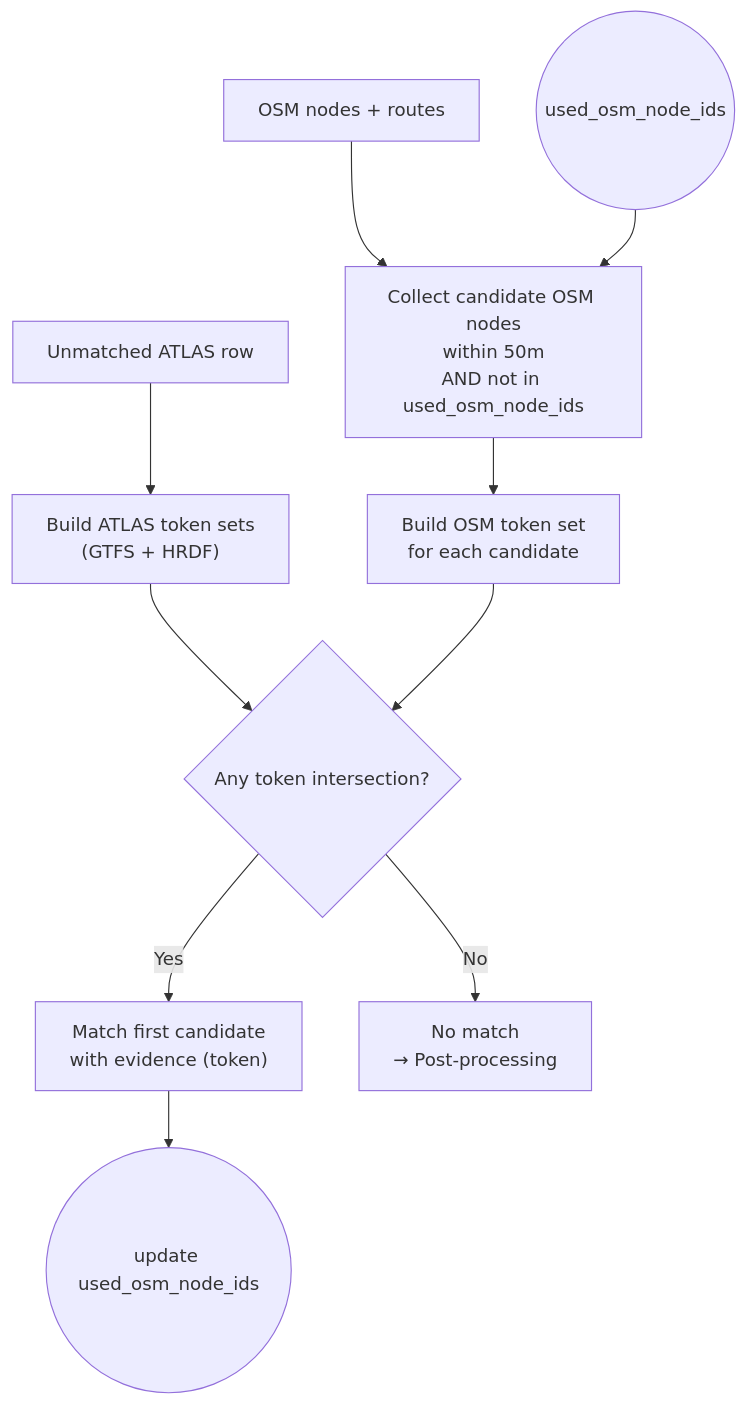
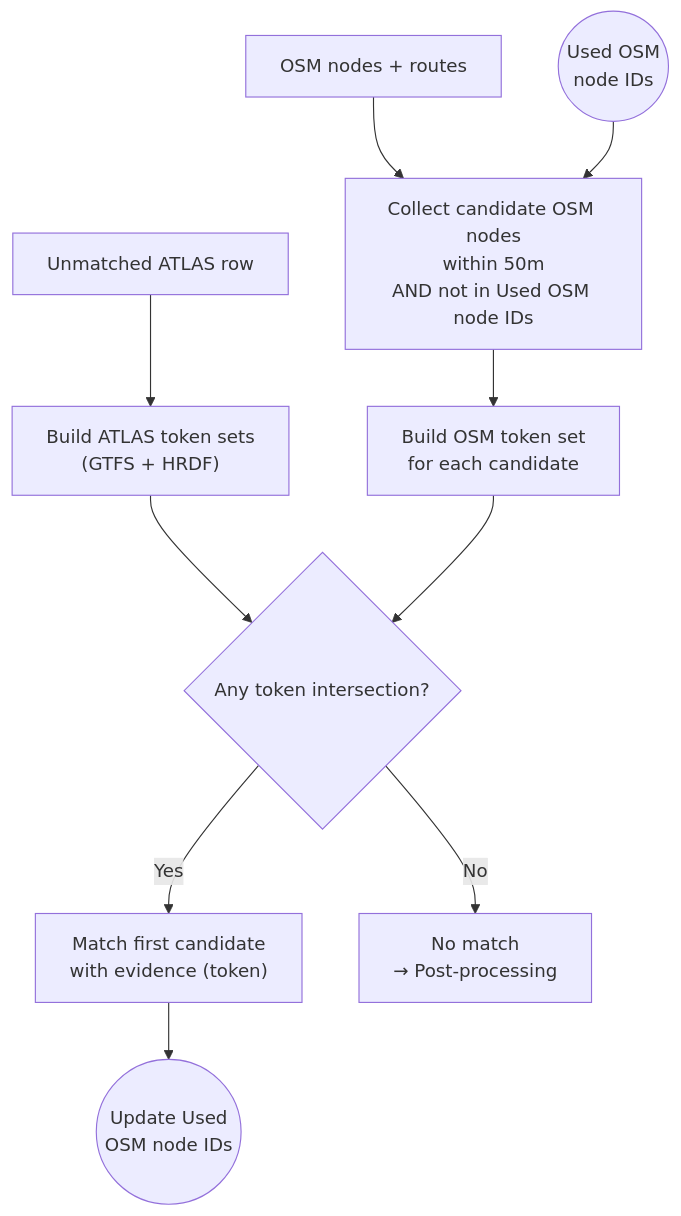
One commit to openTdataCH/stop_sync_osm_atlas changed the diagram in documentation/2.4 Route Matching.md. Above: the diagram before and after it, drawn with Mermaid. The commit also changed 6 other files, not shown here.

````diff
--- a/documentation/2.4 Route Matching.md
+++ b/documentation/2.4 Route Matching.md
@@ -5,12 +5,12 @@
 ```mermaid
 flowchart TB
     A["Unmatched ATLAS row"] --> T["Build ATLAS token sets<br/>(GTFS + HRDF)"]
-    O["OSM nodes + routes"] --> C["Collect candidate OSM nodes<br/>within 50m<br/>AND not in used_osm_node_ids"]
-    U((used_osm_node_ids)) --> C
+    O["OSM nodes + routes"] --> C["Collect candidate OSM nodes<br/>within 50m<br/>AND not in Used OSM node IDs"]
+    U(("Used OSM<br/>node IDs")) --> C
     C --> OT["Build OSM token set<br/>for each candidate"]
     T --> I{"Any token intersection?"}
     OT --> I
     I -->|Yes| M["Match first candidate<br/>with evidence (token)"]
     I -->|No| N["No match<br/>→ Post-processing"]
-    M --> U2(("update used_osm_node_ids"))
+    M --> U2(("Update Used<br/>OSM node IDs"))
 ```
````
